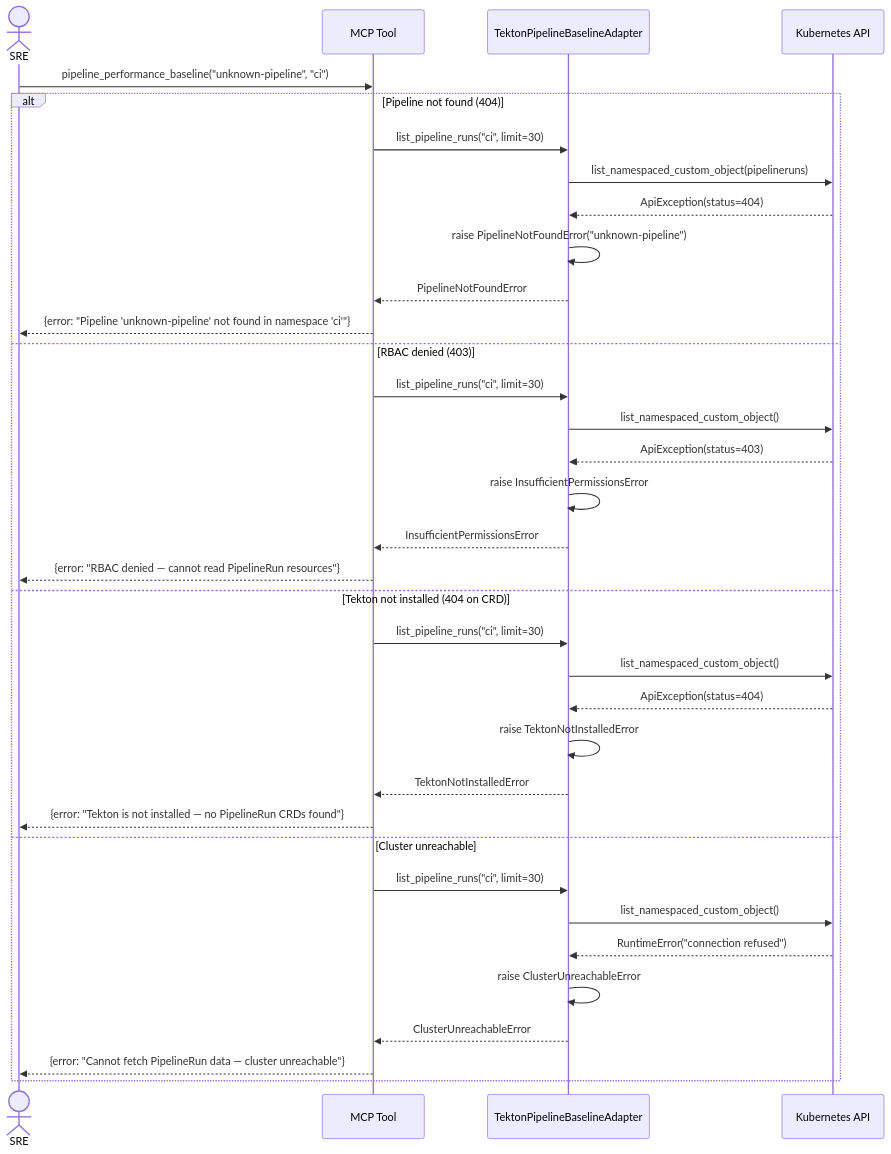
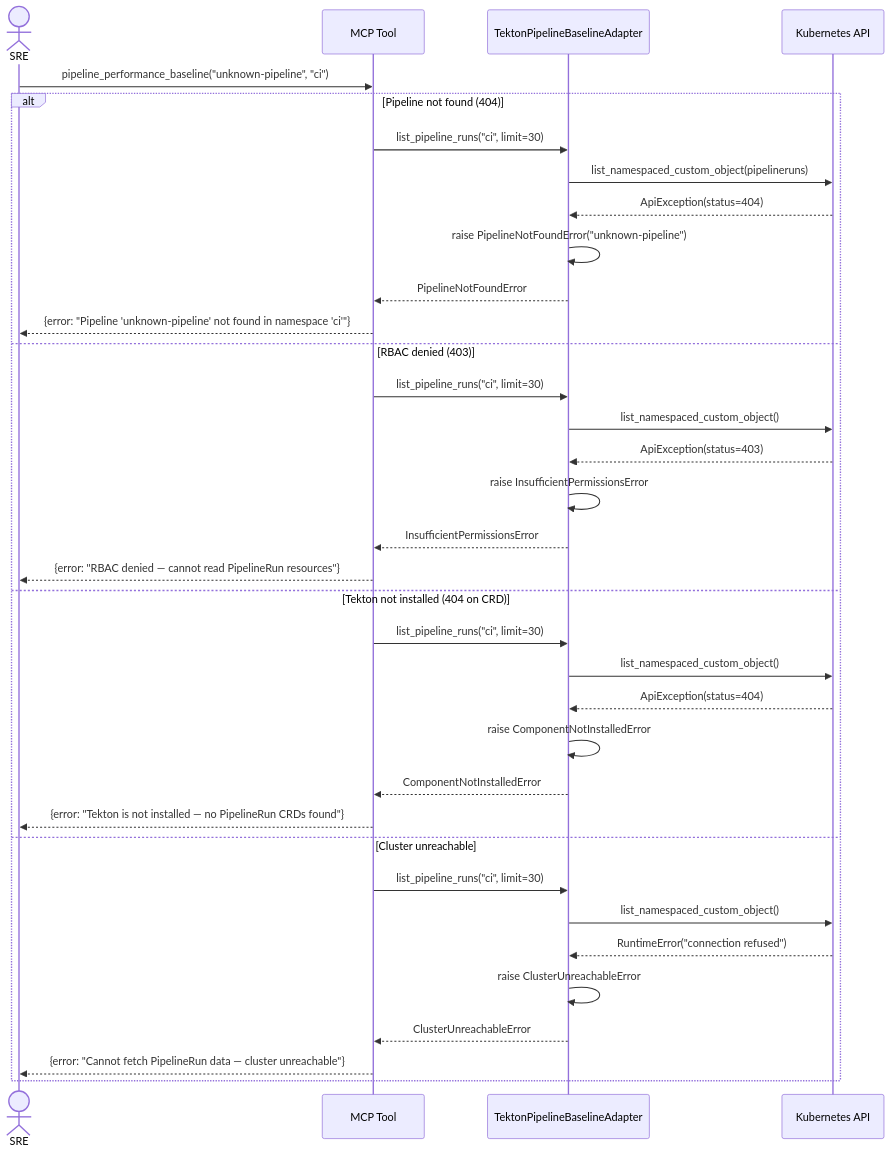
The second of 4 diagrams in docs/guides/34-pipeline-performance-baseline.md (hexa-tools/hexawyn), drawn with Mermaid before and after one commit. The commit also changed 12 other files, not shown here.

````diff
--- a/docs/guides/34-pipeline-performance-baseline.md
+++ b/docs/guides/34-pipeline-performance-baseline.md
@@ -62,39 +62,39 @@
 ```mermaid
 sequenceDiagram
     actor SRE
     participant MCP as MCP Tool
     participant Adapter as TektonPipelineBaselineAdapter
     participant K8s as Kubernetes API
 
     SRE->>MCP: pipeline_performance_baseline("unknown-pipeline", "ci")
 
     alt Pipeline not found (404)
         MCP->>Adapter: list_pipeline_runs("ci", limit=30)
         Adapter->>K8s: list_namespaced_custom_object(pipelineruns)
         K8s-->>Adapter: ApiException(status=404)
         Adapter->>Adapter: raise PipelineNotFoundError("unknown-pipeline")
         Adapter-->>MCP: PipelineNotFoundError
         MCP-->>SRE: {error: "Pipeline 'unknown-pipeline' not found in namespace 'ci'"}
     else RBAC denied (403)
         MCP->>Adapter: list_pipeline_runs("ci", limit=30)
         Adapter->>K8s: list_namespaced_custom_object()
         K8s-->>Adapter: ApiException(status=403)
         Adapter->>Adapter: raise InsufficientPermissionsError
         Adapter-->>MCP: InsufficientPermissionsError
         MCP-->>SRE: {error: "RBAC denied — cannot read PipelineRun resources"}
     else Tekton not installed (404 on CRD)
         MCP->>Adapter: list_pipeline_runs("ci", limit=30)
         Adapter->>K8s: list_namespaced_custom_object()
         K8s-->>Adapter: ApiException(status=404)
-        Adapter->>Adapter: raise TektonNotInstalledError
-        Adapter-->>MCP: TektonNotInstalledError
+        Adapter->>Adapter: raise ComponentNotInstalledError
+        Adapter-->>MCP: ComponentNotInstalledError
         MCP-->>SRE: {error: "Tekton is not installed — no PipelineRun CRDs found"}
     else Cluster unreachable
         MCP->>Adapter: list_pipeline_runs("ci", limit=30)
         Adapter->>K8s: list_namespaced_custom_object()
         K8s-->>Adapter: RuntimeError("connection refused")
         Adapter->>Adapter: raise ClusterUnreachableError
         Adapter-->>MCP: ClusterUnreachableError
         MCP-->>SRE: {error: "Cannot fetch PipelineRun data — cluster unreachable"}
     end
 ```
````
